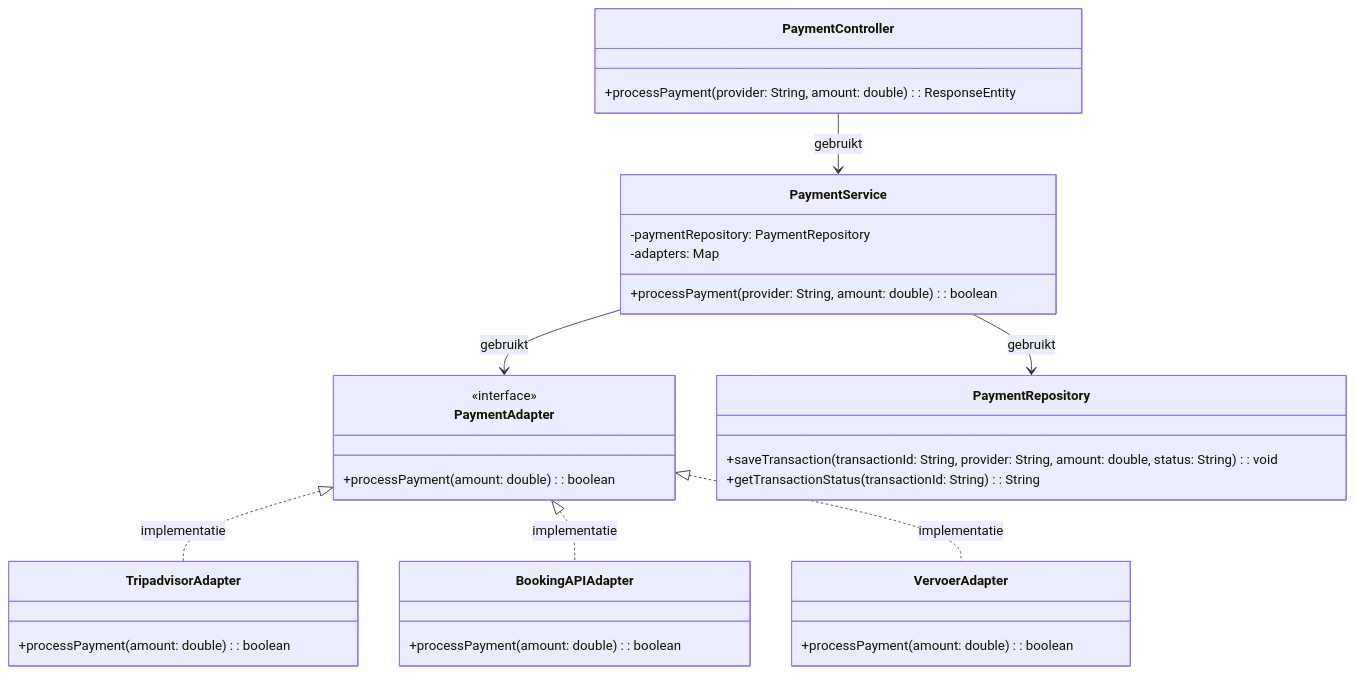
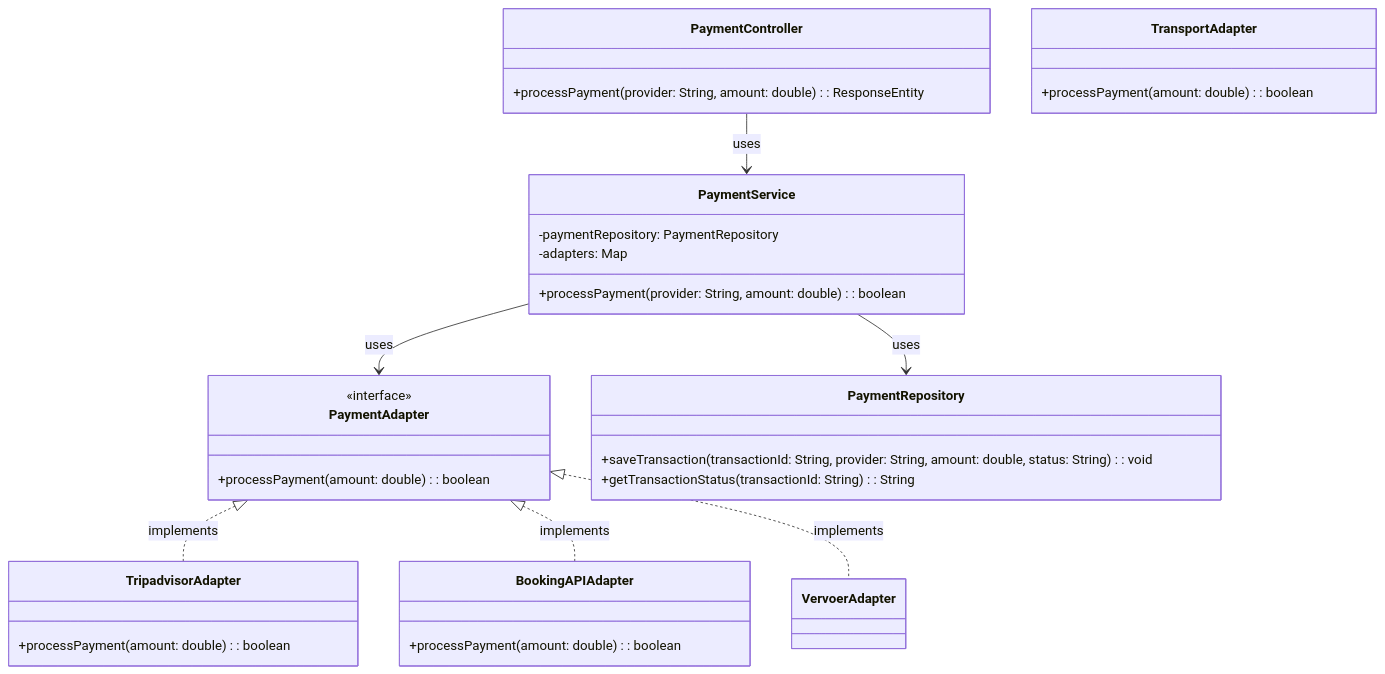
Before and after one commit to AIM-ENE-feb25/triptop-inshallahboys: the diagram in Week2/Presentatie/klassendiagrammen/klassendiagram-betaling.md, drawn with Mermaid. The commit also changed 2 other files, not shown here.

Commit message:
Engelse taal aanpassingen + SGB

````diff
--- a/Week2/Presentatie/klassendiagrammen/klassendiagram-betaling.md
+++ b/Week2/Presentatie/klassendiagrammen/klassendiagram-betaling.md
@@ -1,42 +1,42 @@
 ```mermaid
 classDiagram
     class PaymentController {
         +processPayment(provider: String, amount: double): ResponseEntity<String>
     }
 
     class PaymentService {
         +processPayment(provider: String, amount: double): boolean
         -paymentRepository: PaymentRepository
         -adapters: Map<String, PaymentAdapter>
     }
 
     class PaymentAdapter {
         <<interface>>
         +processPayment(amount: double): boolean
     }
 
     class TripadvisorAdapter {
         +processPayment(amount: double): boolean
     }
 
     class BookingAPIAdapter {
         +processPayment(amount: double): boolean
     }
 
-    class VervoerAdapter {
+    class TransportAdapter {
         +processPayment(amount: double): boolean
     }
 
     class PaymentRepository {
         +saveTransaction(transactionId: String, provider: String, amount: double, status: String): void
         +getTransactionStatus(transactionId: String): String
     }
 
     %% Relaties tussen de klassen
-    PaymentController --> PaymentService : gebruikt
-    PaymentService --> PaymentAdapter : gebruikt
-    PaymentService --> PaymentRepository : gebruikt
-    PaymentAdapter <|.. TripadvisorAdapter : implementatie
-    PaymentAdapter <|.. BookingAPIAdapter : implementatie
-    PaymentAdapter <|.. VervoerAdapter : implementatie
+    PaymentController --> PaymentService : uses
+    PaymentService --> PaymentAdapter : uses
+    PaymentService --> PaymentRepository : uses
+    PaymentAdapter <|.. TripadvisorAdapter : implements
+    PaymentAdapter <|.. BookingAPIAdapter : implements
+    PaymentAdapter <|.. VervoerAdapter : implements
 ```
````
